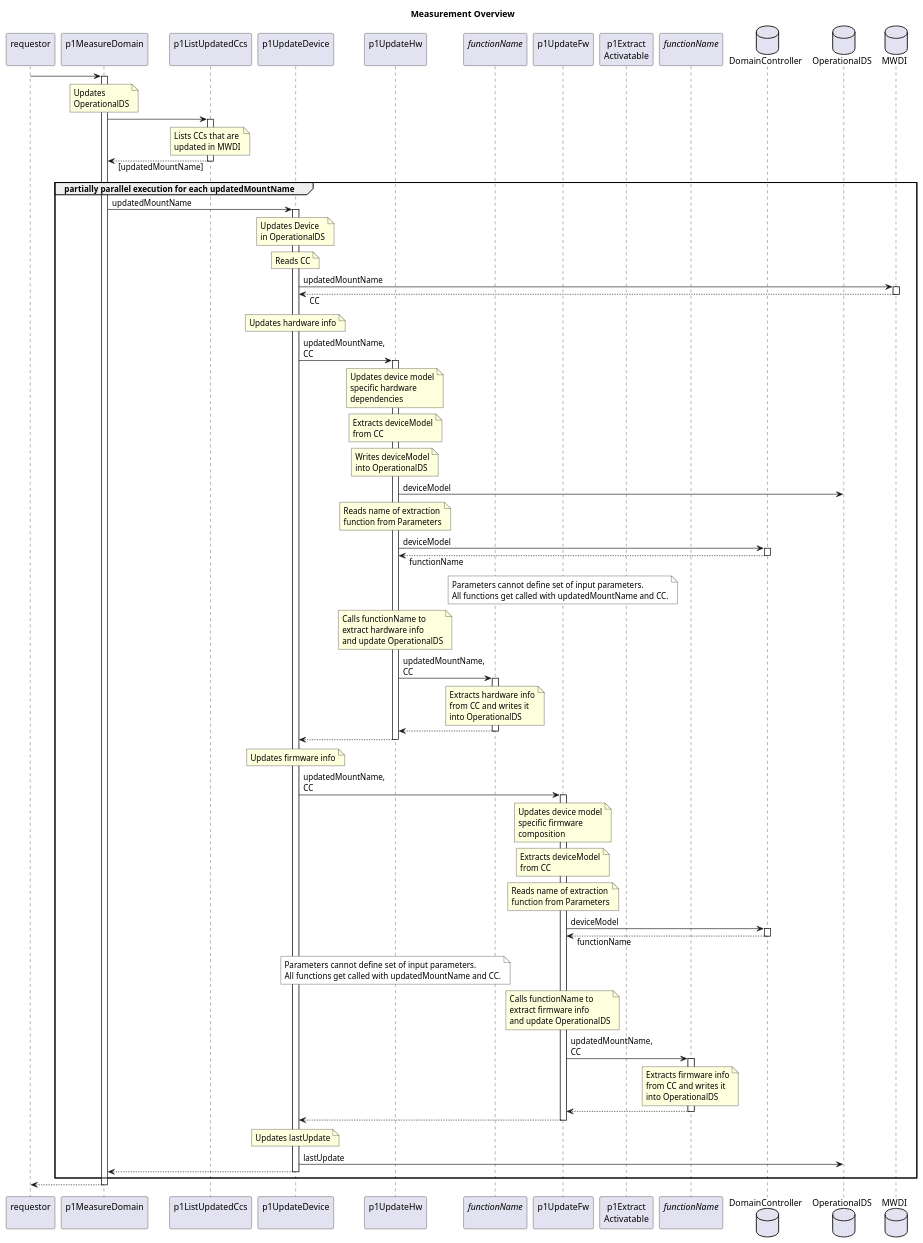
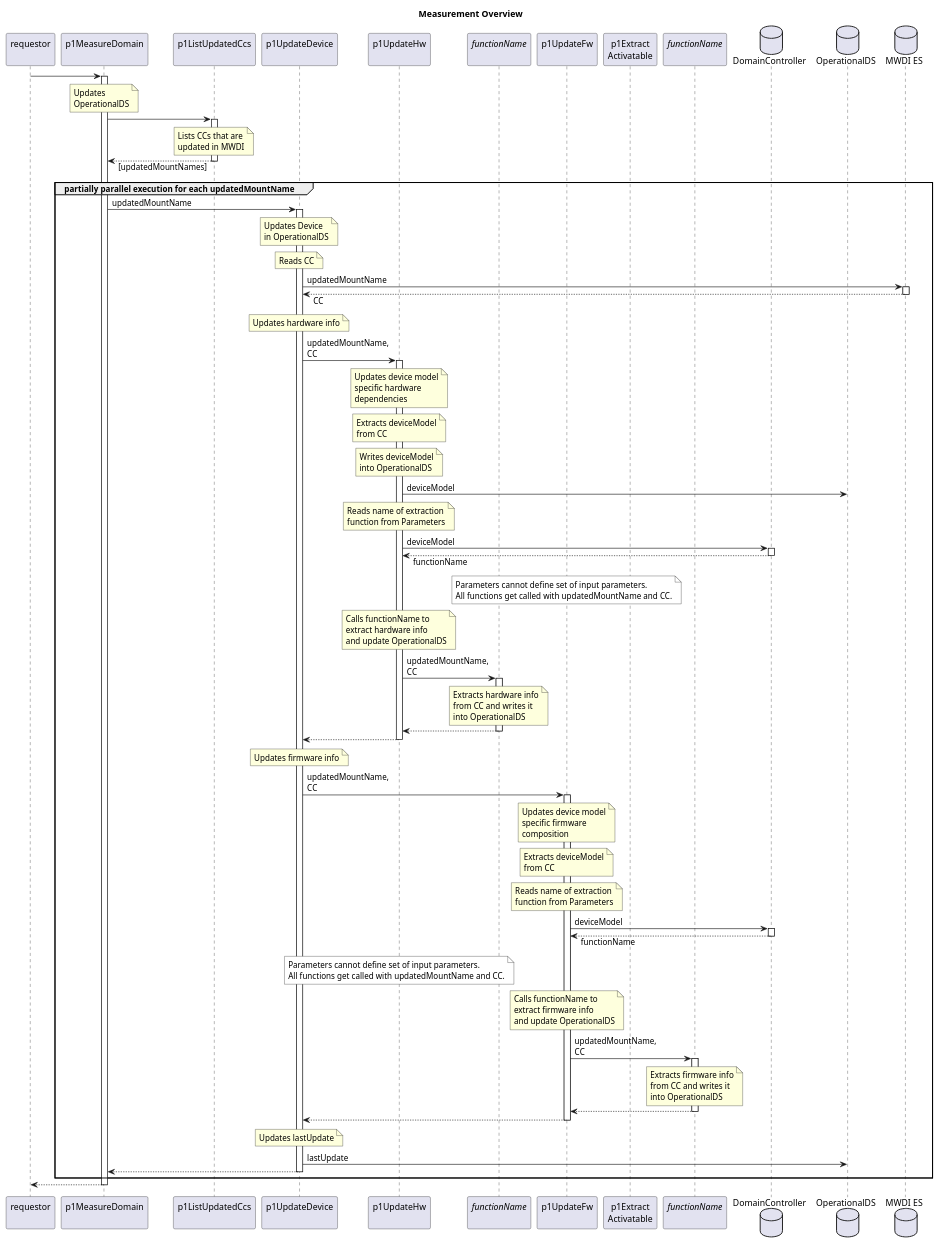
Before and after one commit to openBackhaul/FirmWareManager: the diagram in spec/additionalDocumentation/Measurement/measurement_overview.plantuml, drawn with PlantUML. The commit also changed 23 other files, not shown here.

Commit message:
Define generic p1ListUpdatedCcs and its embedding in p1MeasureDomain

```diff
--- a/spec/additionalDocumentation/Measurement/measurement_overview.plantuml
+++ b/spec/additionalDocumentation/Measurement/measurement_overview.plantuml
@@ -1,163 +1,163 @@
 @startuml measurement_overview
 skinparam responseMessageBelowArrow true
 
 title
   Measurement Overview
 end title
 
 participant "requestor\n" as requestor
 participant "p1MeasureDomain\n" as indServ
 participant "p1ListUpdatedCcs\n" as listCcs
 participant "p1UpdateDevice\n" as updateCc
 participant "p1UpdateHw\n" as updateHw
 participant "<i>functionName</i>\n" as extractHw
 participant "p1UpdateFw\n" as updateFw
 participant "p1Extract\nActivatable" as extractAct
 participant "<i>functionName</i>\n" as extractFw
 
 database "DomainController" as DC
 database "OperationalDS" as OpDS
-database "MWDI" as Mwdi
+database "MWDI ES" as Mwdi
 
 requestor -> indServ
 activate indServ
   note over indServ
     Updates
     OperationalDS
   end note
 
   indServ -> listCcs
   activate listCcs
     note over listCcs
       Lists CCs that are
       updated in MWDI
     end note
-  indServ <-- listCcs: [updatedMountName]
+  indServ <-- listCcs: [updatedMountNames]
   deactivate listCcs
 
   group partially parallel execution for each updatedMountName
     indServ -> updateCc: updatedMountName
     activate updateCc
       note over updateCc
         Updates Device
         in OperationalDS
       end note
 
       note over updateCc
         Reads CC
       end note
       updateCc -> Mwdi: updatedMountName
       activate Mwdi
       updateCc <-- Mwdi: CC
       deactivate Mwdi
 
       note over updateCc
         Updates hardware info
       end note
       updateCc -> updateHw: updatedMountName,\nCC
       activate updateHw
         note over updateHw
           Updates device model
           specific hardware
           dependencies
         end note
 
         note over updateHw
           Extracts deviceModel
           from CC
         end note
         note over updateHw
           Writes deviceModel
           into OperationalDS
         end note
         updateHw -> OpDS: deviceModel
 
         note over updateHw
           Reads name of extraction
           function from Parameters
         end note
         updateHw -> DC: deviceModel
         activate DC
         updateHw <-- DC: functionName
         deactivate DC
         note over updateFw #White
           Parameters cannot define set of input parameters.
           All functions get called with updatedMountName and CC.
         end note
 
         note over updateHw
           Calls functionName to
           extract hardware info
           and update OperationalDS
         end note
         updateHw -> extractHw: updatedMountName,\nCC
         activate extractHw
           note over extractHw
             Extracts hardware info
             from CC and writes it
             into OperationalDS
           end note
         updateHw <-- extractHw
         deactivate extractHw
       updateCc <-- updateHw
       deactivate updateHw
 
       note over updateCc
         Updates firmware info
       end note
       updateCc -> updateFw: updatedMountName,\nCC
       activate updateFw
         note over updateFw
           Updates device model
           specific firmware
           composition
         end note
 
         note over updateFw
           Extracts deviceModel
           from CC
         end note
 
         note over updateFw
           Reads name of extraction
           function from Parameters
         end note
         updateFw -> DC: deviceModel
         activate DC
         updateFw <-- DC: functionName
         deactivate DC
         note over updateHw #White
           Parameters cannot define set of input parameters.
           All functions get called with updatedMountName and CC.
         end note
 
         note over updateFw
           Calls functionName to
           extract firmware info
           and update OperationalDS
         end note
         updateFw -> extractFw: updatedMountName,\nCC
         activate extractFw
           note over extractFw
             Extracts firmware info
             from CC and writes it
             into OperationalDS
           end note
         updateFw <-- extractFw
         deactivate extractFw
       updateCc <-- updateFw
       deactivate updateFw
 
       note over updateCc
         Updates lastUpdate
       end note
       updateCc -> OpDS: lastUpdate
 
     indServ <-- updateCc
     deactivate updateCc
   end group updatedMountNames
 
 requestor <-- indServ
 deactivate indServ
 
 @enduml
```
